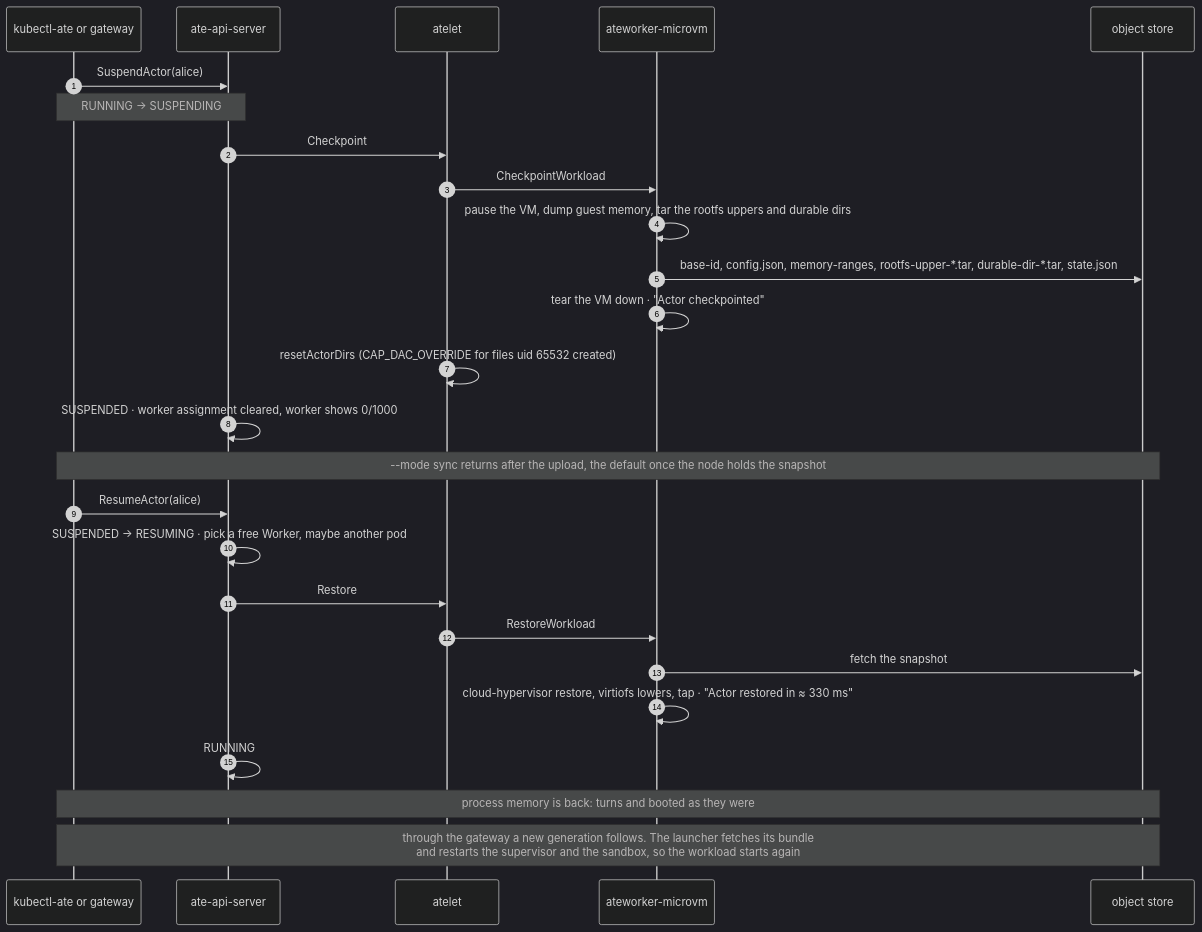
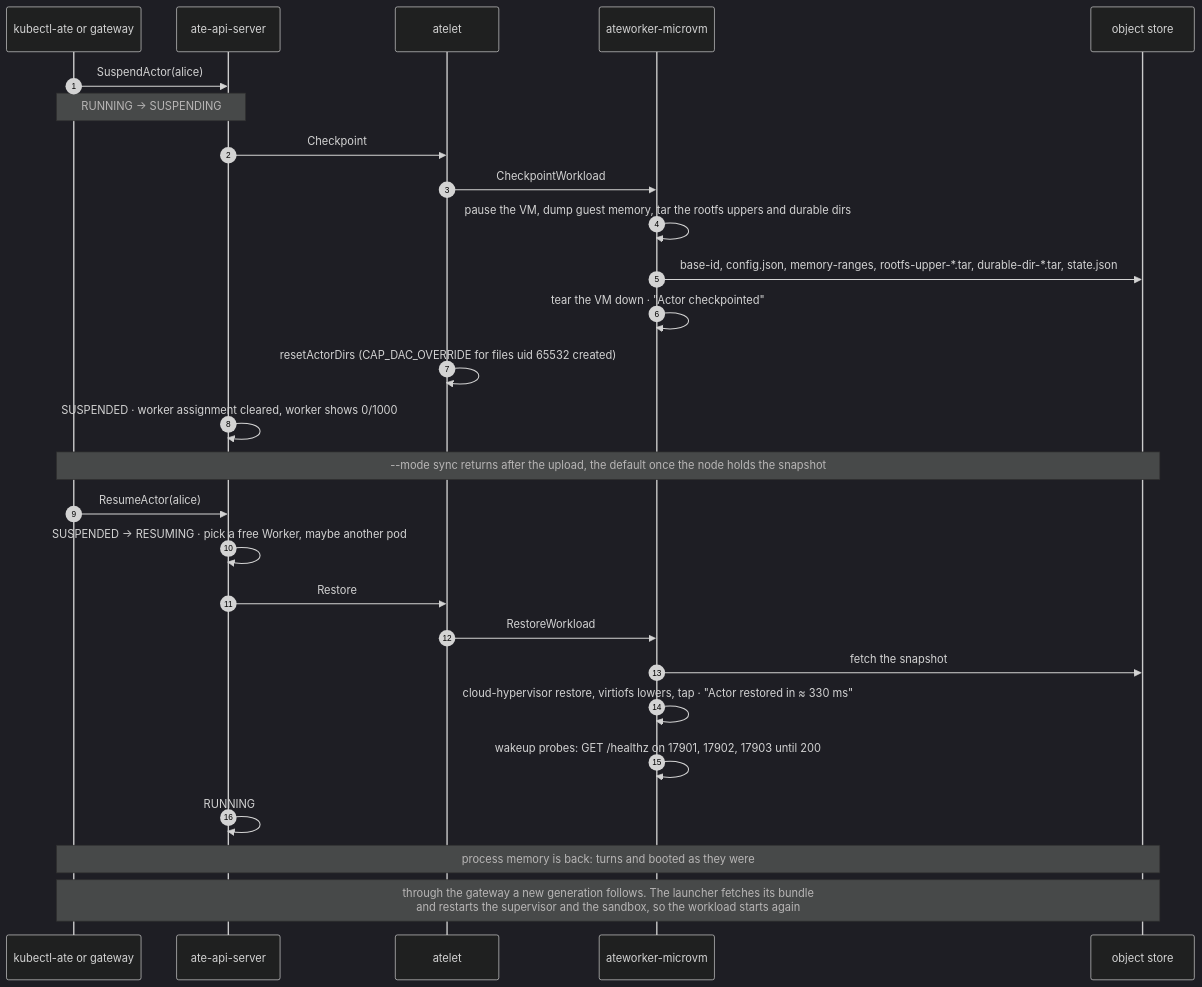
The sixth of 8 diagrams in docs/architecture.md (dims/openshell-driver-substrate), drawn with Mermaid (dark theme) before and after one commit. The commit also changed other lines of this file and 3 other files, not shown here.

First line of the commit message:
docs: wakeup probes, the uid binding and the re-suspend in every diagram

````diff
--- a/docs/architecture.md
+++ b/docs/architecture.md
@@ -520,29 +526,30 @@
 ```mermaid
 sequenceDiagram
   autonumber
   participant OP as kubectl-ate or gateway
   participant API as ate-api-server
   participant AT as atelet
   participant AM as ateworker-microvm
   participant S as object store
 
   OP->>API: SuspendActor(alice)
   Note over OP,API: RUNNING → SUSPENDING
   API->>AT: Checkpoint
   AT->>AM: CheckpointWorkload
   AM->>AM: pause the VM, dump guest memory, tar the rootfs uppers and durable dirs
   AM->>S: base-id, config.json, memory-ranges, rootfs-upper-*.tar, durable-dir-*.tar, state.json
   AM->>AM: tear the VM down · "Actor checkpointed"
   AT->>AT: resetActorDirs (CAP_DAC_OVERRIDE for files uid 65532 created)
   API->>API: SUSPENDED · worker assignment cleared, worker shows 0/1000
   Note over OP,S: --mode sync returns after the upload, the default once the node holds the snapshot
   OP->>API: ResumeActor(alice)
   API->>API: SUSPENDED → RESUMING · pick a free Worker, maybe another pod
   API->>AT: Restore
   AT->>AM: RestoreWorkload
   AM->>S: fetch the snapshot
   AM->>AM: cloud-hypervisor restore, virtiofs lowers, tap · "Actor restored in ≈ 330 ms"
+  AM->>AM: wakeup probes: GET /healthz on 17901, 17902, 17903 until 200
   API->>API: RUNNING
   Note over OP,S: process memory is back: turns and booted as they were
   Note over OP,S: through the gateway a new generation follows. The launcher fetches its bundle<br/>and restarts the supervisor and the sandbox, so the workload starts again
 ```
````
